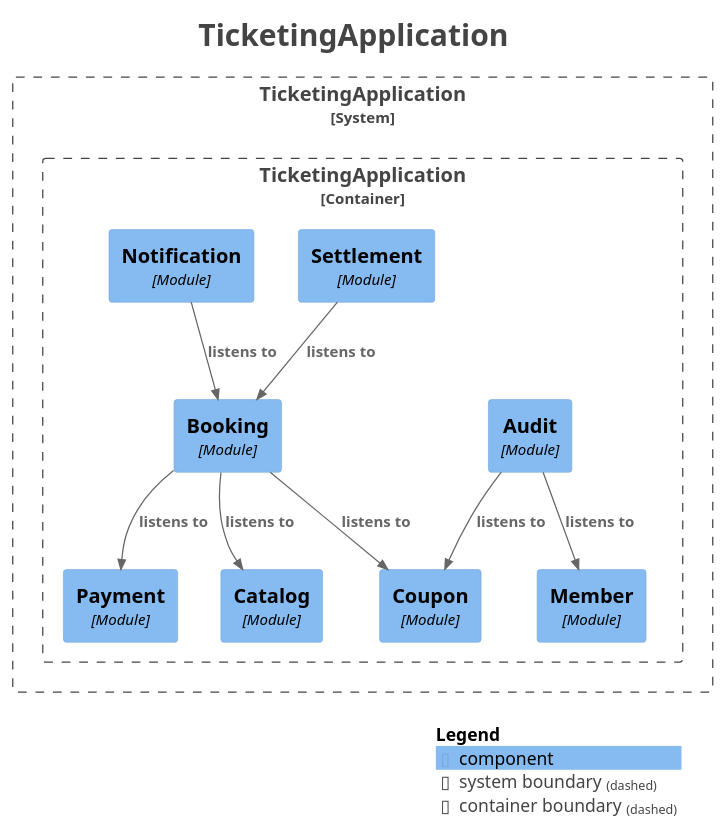
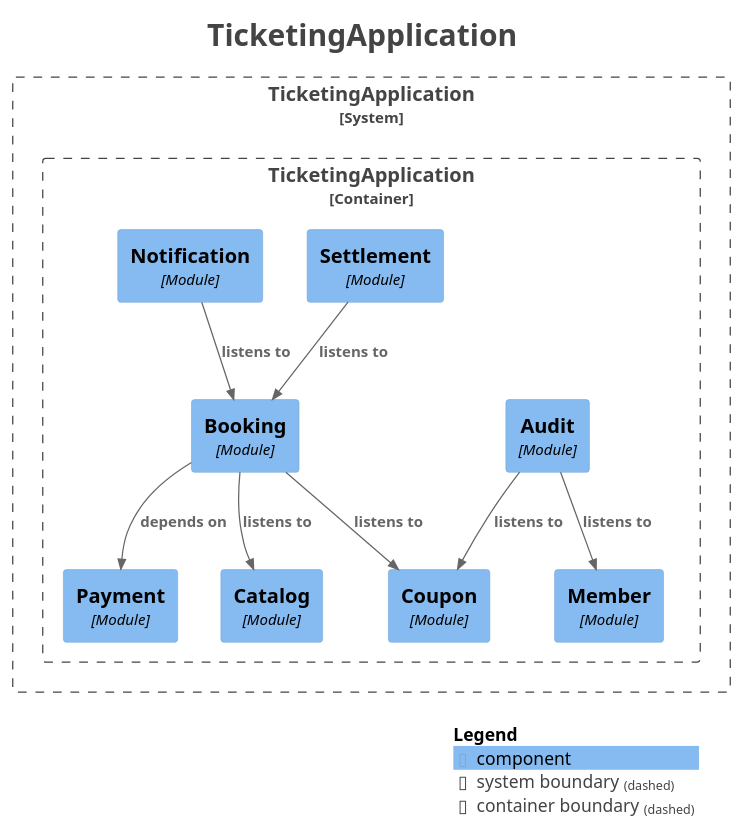
The diagram in docs/modulith/components.puml (jkonury/ticketing), drawn with PlantUML before and after one commit. The commit also changed 71 other files, not shown here.

```diff
--- a/docs/modulith/components.puml
+++ b/docs/modulith/components.puml
@@ -1,42 +1,42 @@
 @startuml
 title <size:24>TicketingApplication</size>
 
 set separator none
 top to bottom direction
 
 <style>
   root {
     BackgroundColor: #ffffff
     FontColor: #444444
   }
 </style>
 
 !include <C4/C4>
 !include <C4/C4_Context>
 !include <C4/C4_Component>
 
 System_Boundary("TicketingApplication_boundary", "TicketingApplication", $tags="") {
   Container_Boundary("TicketingApplication.TicketingApplication_boundary", "TicketingApplication", $tags="") {
     Component(TicketingApplication.TicketingApplication.Settlement, "Settlement", $techn="Module", $descr="", $tags="", $link="")
     Component(TicketingApplication.TicketingApplication.Catalog, "Catalog", $techn="Module", $descr="", $tags="", $link="")
     Component(TicketingApplication.TicketingApplication.Coupon, "Coupon", $techn="Module", $descr="", $tags="", $link="")
     Component(TicketingApplication.TicketingApplication.Member, "Member", $techn="Module", $descr="", $tags="", $link="")
     Component(TicketingApplication.TicketingApplication.Payment, "Payment", $techn="Module", $descr="", $tags="", $link="")
     Component(TicketingApplication.TicketingApplication.Audit, "Audit", $techn="Module", $descr="", $tags="", $link="")
     Component(TicketingApplication.TicketingApplication.Booking, "Booking", $techn="Module", $descr="", $tags="", $link="")
     Component(TicketingApplication.TicketingApplication.Notification, "Notification", $techn="Module", $descr="", $tags="", $link="")
   }
 
 }
 
+Rel(TicketingApplication.TicketingApplication.Booking, TicketingApplication.TicketingApplication.Coupon, "listens to", $techn="", $tags="", $link="")
+Rel(TicketingApplication.TicketingApplication.Booking, TicketingApplication.TicketingApplication.Catalog, "listens to", $techn="", $tags="", $link="")
+Rel(TicketingApplication.TicketingApplication.Booking, TicketingApplication.TicketingApplication.Payment, "depends on", $techn="", $tags="", $link="")
+Rel(TicketingApplication.TicketingApplication.Settlement, TicketingApplication.TicketingApplication.Booking, "listens to", $techn="", $tags="", $link="")
+Rel(TicketingApplication.TicketingApplication.Notification, TicketingApplication.TicketingApplication.Booking, "listens to", $techn="", $tags="", $link="")
 Rel(TicketingApplication.TicketingApplication.Audit, TicketingApplication.TicketingApplication.Coupon, "listens to", $techn="", $tags="", $link="")
 Rel(TicketingApplication.TicketingApplication.Audit, TicketingApplication.TicketingApplication.Member, "listens to", $techn="", $tags="", $link="")
-Rel(TicketingApplication.TicketingApplication.Booking, TicketingApplication.TicketingApplication.Coupon, "listens to", $techn="", $tags="", $link="")
-Rel(TicketingApplication.TicketingApplication.Booking, TicketingApplication.TicketingApplication.Payment, "listens to", $techn="", $tags="", $link="")
-Rel(TicketingApplication.TicketingApplication.Booking, TicketingApplication.TicketingApplication.Catalog, "listens to", $techn="", $tags="", $link="")
-Rel(TicketingApplication.TicketingApplication.Notification, TicketingApplication.TicketingApplication.Booking, "listens to", $techn="", $tags="", $link="")
-Rel(TicketingApplication.TicketingApplication.Settlement, TicketingApplication.TicketingApplication.Booking, "listens to", $techn="", $tags="", $link="")
 
 SHOW_LEGEND(true)
 hide stereotypes
 @enduml
```
